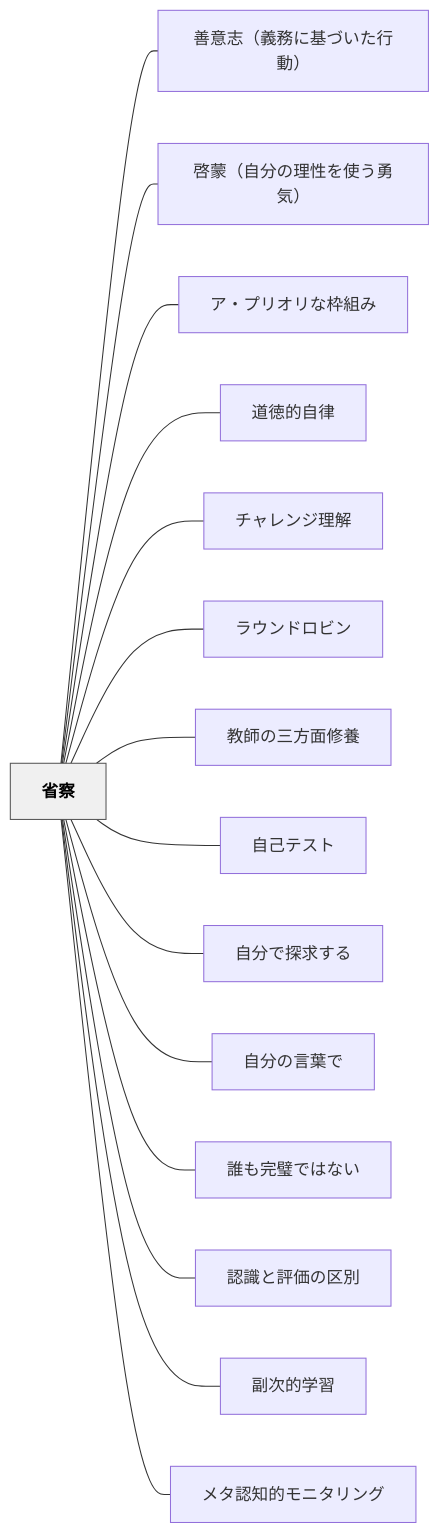
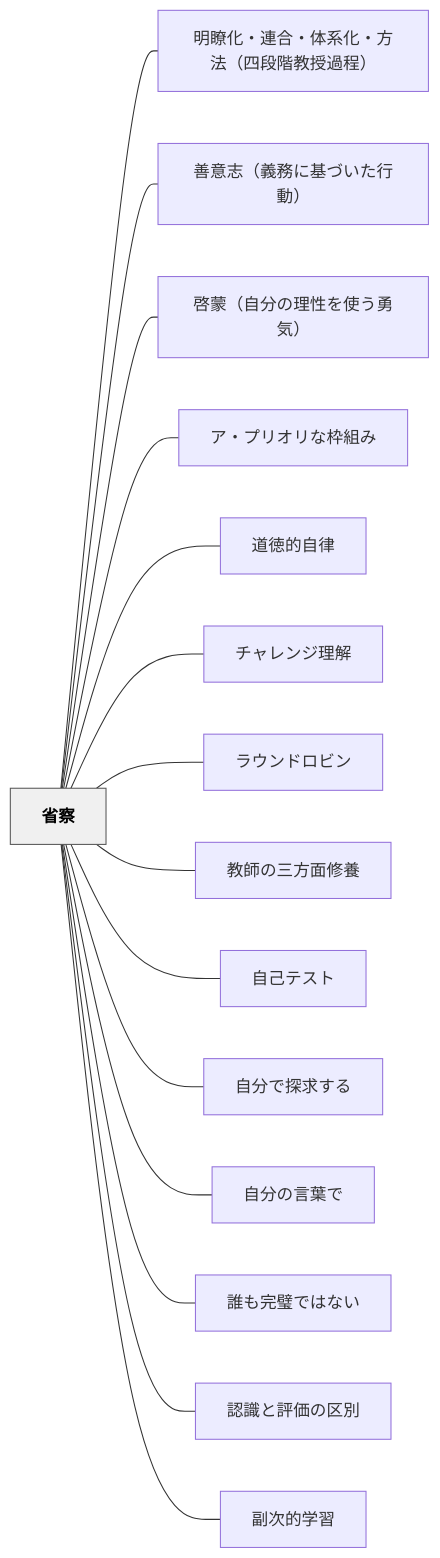
Before and after one commit to unknownthings-ed-patterns/unknownthings-ed-patterns: the diagram in content/パタン/省察.md, drawn with Mermaid. The commit also changed other lines of this file and 15 other files, not shown here.

````diff
--- a/content/パタン/省察.md
+++ b/content/パタン/省察.md
@@ -133,36 +147,36 @@
 ```mermaid
 flowchart LR
     ne79c81e5af9f["省察"]
+    ne6988ee79eade58c96e383bbe980a3e59088e383bbe4bd93e7b3bbe58c96e383bbe696b9e6b395efbc88e59b9be6aeb5e99a8ee69599e68e88e9818ee7a88befbc89["明瞭化・連合・体系化・方法（四段階教授過程）"]
     ne59684e6848fe5bf97efbc88e7bea9e58b99e381abe59fbae381a5e38184e3819fe8a18ce58b95efbc89["善意志（義務に基づいた行動）"]
     ne59593e89299efbc88e887aae58886e381aee79086e680a7e38292e4bdbfe38186e58b87e6b097efbc89["啓蒙（自分の理性を使う勇気）"]
     ne382a2e383bbe38397e383aae382aae383aae381aae69ea0e7b584e381bf["ア・プリオリな枠組み"]
     ne98193e5beb3e79a84e887aae5be8b["道徳的自律"]
     ne38381e383a3e383ace383b3e382b8e79086e8a7a3["チャレンジ理解"]
     ne383a9e382a6e383b3e38389e383ade38393e383b3["ラウンドロビン"]
     ne69599e5b8abe381aee4b889e696b9e99da2e4bfaee9a48a["教師の三方面修養"]
     ne887aae5b7b1e38386e382b9e38388["自己テスト"]
     ne887aae58886e381a7e68ea2e6b182e38199e3828b["自分で探求する"]
     ne887aae58886e381aee8a880e89189e381a7["自分の言葉で"]
     ne8aab0e38282e5ae8ce792a7e381a7e381afe381aae38184["誰も完璧ではない"]
     ne8aa8de8ad98e381a8e8a995e4bea1e381aee58cbae588a5["認識と評価の区別"]
     ne589afe6aca1e79a84e5ada6e7bf92["副次的学習"]
-    ne383a1e382bfe8aa8de79fa5e79a84e383a2e3838be382bfe383aae383b3e382b0["メタ認知的モニタリング"]
 
+    ne79c81e5af9f --- ne6988ee79eade58c96e383bbe980a3e59088e383bbe4bd93e7b3bbe58c96e383bbe696b9e6b395efbc88e59b9be6aeb5e99a8ee69599e68e88e9818ee7a88befbc89
     ne79c81e5af9f --- ne59684e6848fe5bf97efbc88e7bea9e58b99e381abe59fbae381a5e38184e3819fe8a18ce58b95efbc89
     ne79c81e5af9f --- ne59593e89299efbc88e887aae58886e381aee79086e680a7e38292e4bdbfe38186e58b87e6b097efbc89
     ne79c81e5af9f --- ne382a2e383bbe38397e383aae382aae383aae381aae69ea0e7b584e381bf
     ne79c81e5af9f --- ne98193e5beb3e79a84e887aae5be8b
     ne79c81e5af9f --- ne38381e383a3e383ace383b3e382b8e79086e8a7a3
     ne79c81e5af9f --- ne383a9e382a6e383b3e38389e383ade38393e383b3
     ne79c81e5af9f --- ne69599e5b8abe381aee4b889e696b9e99da2e4bfaee9a48a
     ne79c81e5af9f --- ne887aae5b7b1e38386e382b9e38388
     ne79c81e5af9f --- ne887aae58886e381a7e68ea2e6b182e38199e3828b
     ne79c81e5af9f --- ne887aae58886e381aee8a880e89189e381a7
     ne79c81e5af9f --- ne8aab0e38282e5ae8ce792a7e381a7e381afe381aae38184
     ne79c81e5af9f --- ne8aa8de8ad98e381a8e8a995e4bea1e381aee58cbae588a5
     ne79c81e5af9f --- ne589afe6aca1e79a84e5ada6e7bf92
-    ne79c81e5af9f --- ne383a1e382bfe8aa8de79fa5e79a84e383a2e3838be382bfe383aae383b3e382b0
 
     classDef hub fill:#f0f0f0,stroke:#555,color:#000,font-weight:bold
     class ne79c81e5af9f hub
 ```
````
